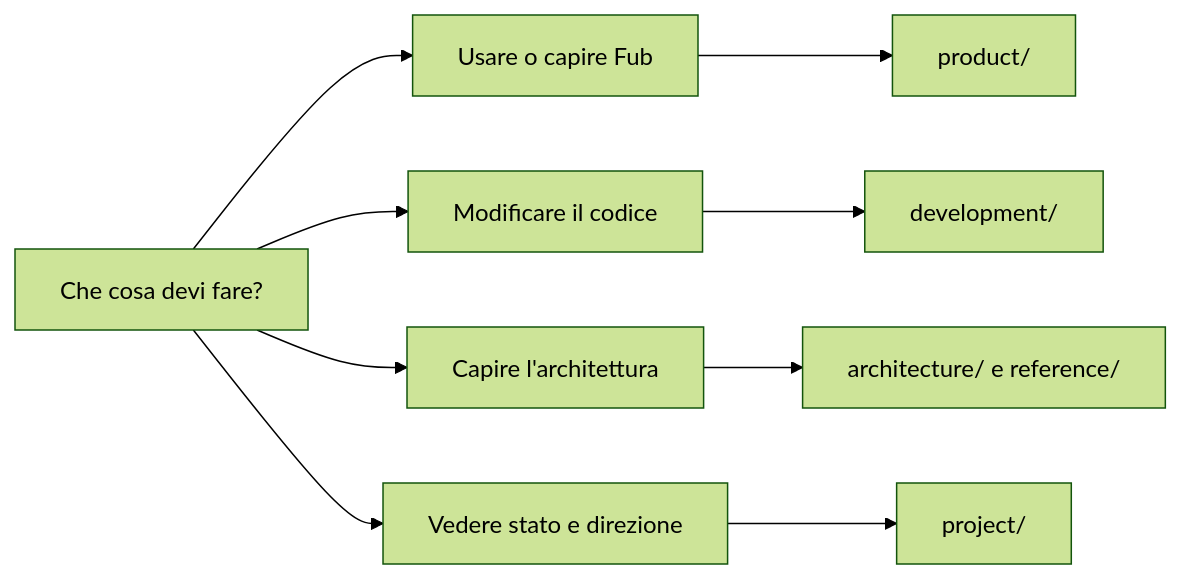
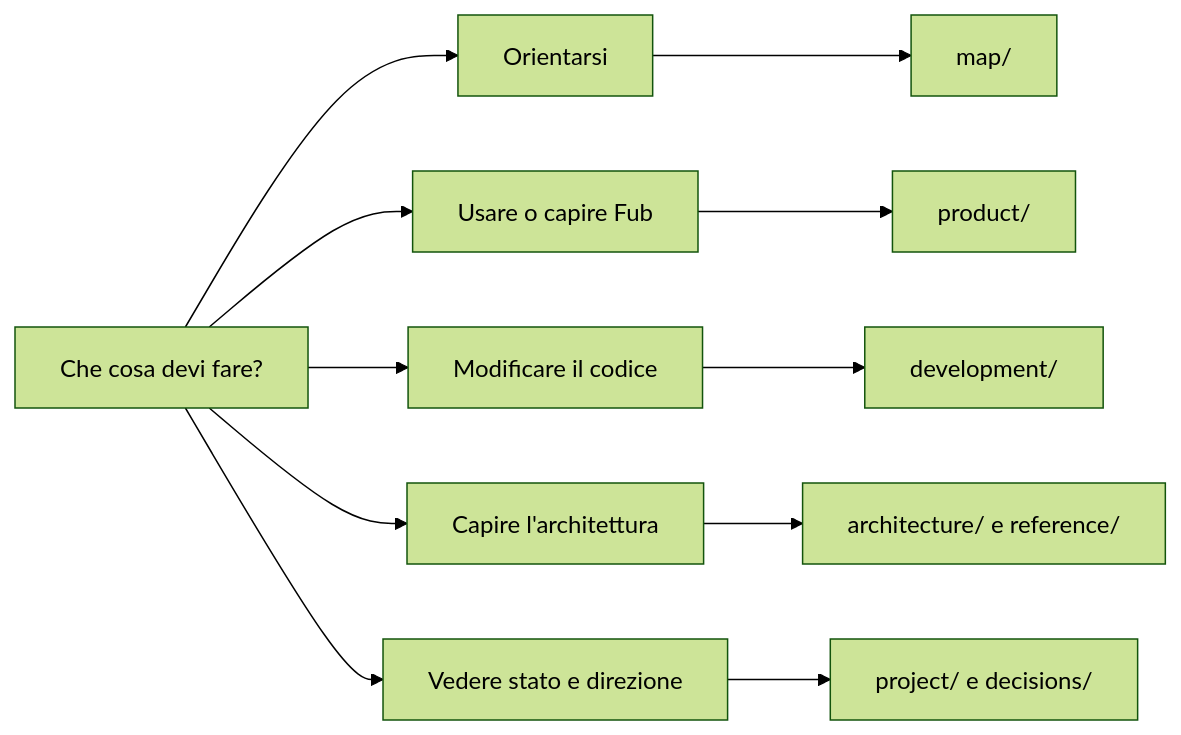
One commit to Fubeo/Fub changed the diagram in docs/README.md. Above: the diagram before and after it, drawn with Mermaid (forest theme). The commit also changed other lines of this file and 31 other files, not shown here.

````diff
--- a/docs/README.md
+++ b/docs/README.md
@@ -11,12 +8,13 @@
 ```mermaid
 flowchart LR
-    START["Che cosa devi fare?"]
-    START --> USE["Usare o capire Fub"]
+    START["Che cosa devi fare?"] --> ORIENTA["Orientarsi"]
+    START --> USARE["Usare o capire Fub"]
     START --> CODE["Modificare il codice"]
     START --> DESIGN["Capire l'architettura"]
     START --> STATUS["Vedere stato e direzione"]
-    USE --> PRODUCT["product/"]
+    ORIENTA --> MAP["map/"]
+    USARE --> PRODUCT["product/"]
     CODE --> DEV["development/"]
     DESIGN --> ARCH["architecture/ e reference/"]
-    STATUS --> PROJECT["project/"]
+    STATUS --> PROJECT["project/ e decisions/"]
 ```
````
